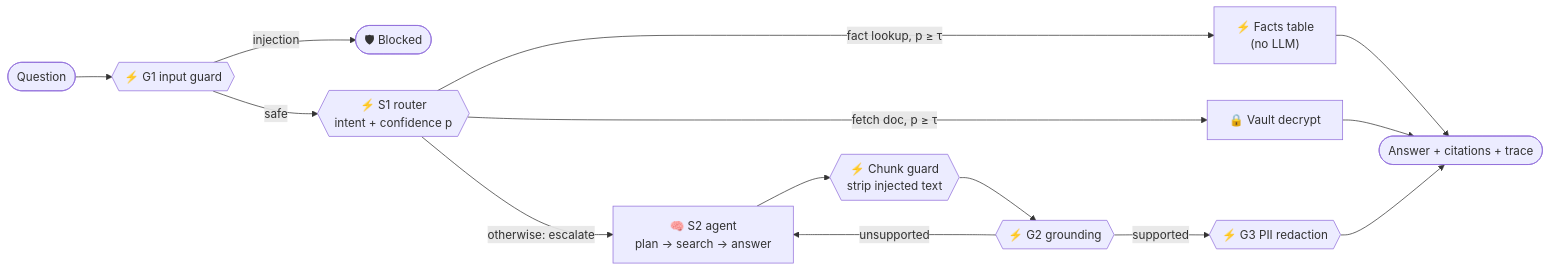
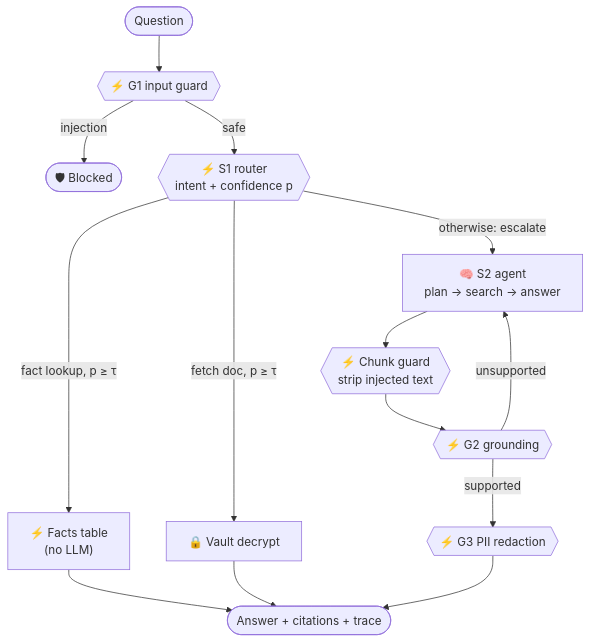
Before and after one commit to MohitBareja16/smriti: the diagram in README.md, drawn with Mermaid. The commit also changed other lines of this file, not shown here.

Commit message:
README: readable top-down diagram, clearer commands

````diff
--- a/README.md
+++ b/README.md
@@ -82,16 +82,16 @@
 ```mermaid
-flowchart LR
+flowchart TD
     Q([Question]) --> G1{{"⚡ G1 input guard"}}
     G1 -- injection --> B([🛡 Blocked])
     G1 -- safe --> R{{"⚡ S1 router<br/>intent + confidence p"}}
     R -- "fact lookup, p ≥ τ" --> F["⚡ Facts table<br/>(no LLM)"]
     R -- "fetch doc, p ≥ τ" --> V["🔒 Vault decrypt"]
     R -- "otherwise: escalate" --> A["🧠 S2 agent<br/>plan → search → answer"]
     A --> C{{"⚡ Chunk guard<br/>strip injected text"}}
     C --> G2{{"⚡ G2 grounding"}}
     G2 -- "unsupported" --> A
     G2 -- supported --> G3{{"⚡ G3 PII redaction"}}
     F --> OUT([Answer + citations + trace])
     V --> OUT
     G3 --> OUT
 ```
````
